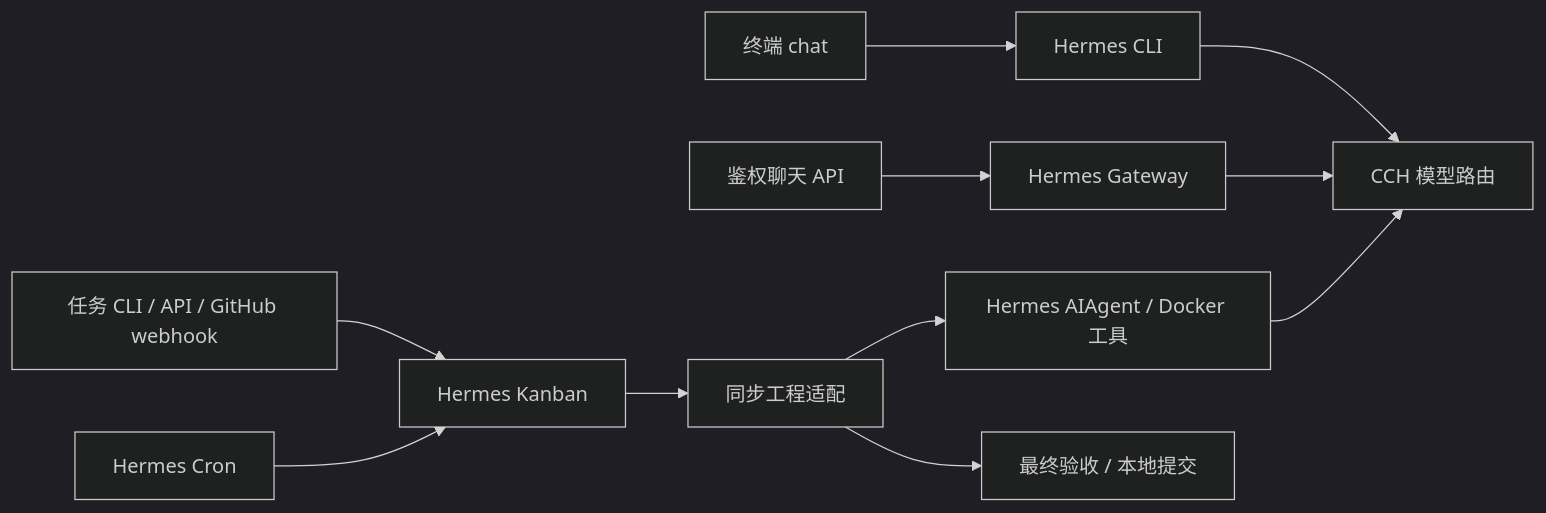
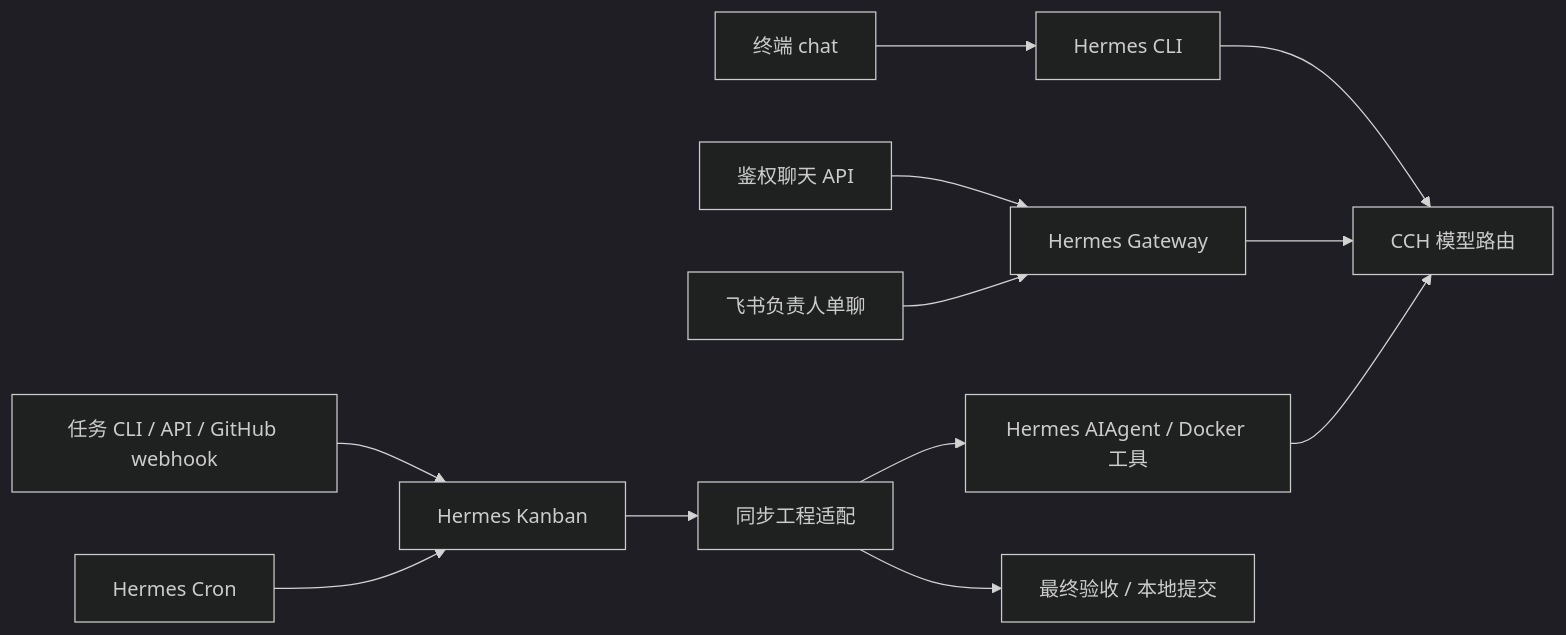
The diagram in docs/architecture/README.md (Ceng-0324/MIKASA), drawn with Mermaid (dark theme) before and after one commit. The commit also changed other lines of this file and 16 other files, not shown here.

````diff
--- a/docs/architecture/README.md
+++ b/docs/architecture/README.md
@@ -7,13 +7,14 @@
 ```mermaid
 flowchart LR
     CLI[终端 chat] --> H[Hermes CLI]
     HTTP[鉴权聊天 API] --> G[Hermes Gateway]
+    F[飞书负责人单聊] --> G
     H --> CCH[CCH 模型路由]
     G --> CCH
     T[任务 CLI / API / GitHub webhook] --> K[Hermes Kanban]
     CR[Hermes Cron] --> K
     K --> W[同步工程适配]
     W --> A[Hermes AIAgent / Docker 工具]
     A --> CCH
     W --> V[最终验收 / 本地提交]
 ```
````
